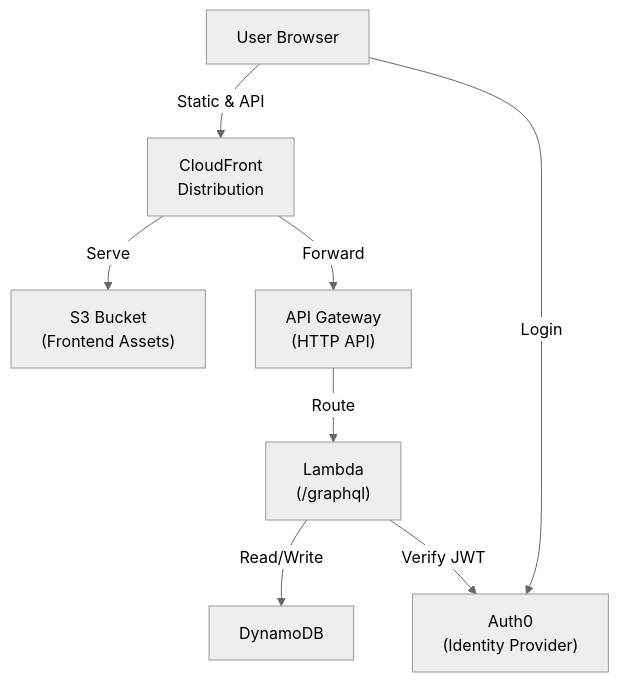
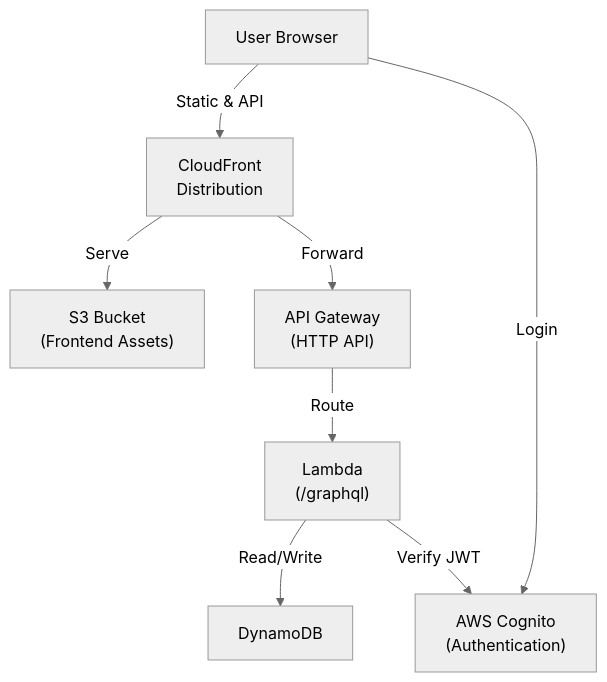
One commit to alexei-lexx/budget changed the first of 2 diagrams in .specify/memory/constitution.md. Above: the diagram before and after it, drawn with Mermaid (neutral theme). The commit also changed other lines of this file and 1 other file, not shown here.

First line of the commit message:
docs: amend constitution to v0.22.2 (fix auth provider references)

````diff
--- a/.specify/memory/constitution.md
+++ b/.specify/memory/constitution.md
@@ -104,22 +107,22 @@
 ```mermaid
 graph TD
     Browser["User Browser"]
 
     CloudFront["CloudFront<br/>Distribution"]
-    Auth0["Auth0<br/>(Identity Provider)"]
+    Cognito["AWS Cognito<br/>(Authentication)"]
 
     S3["S3 Bucket<br/>(Frontend Assets)"]
     APIGateway["API Gateway<br/>(HTTP API)"]
 
     Lambda["Lambda<br/>(/graphql)"]
 
     DynamoDB["DynamoDB"]
 
     Browser -->|Static & API| CloudFront
-    Browser -->|Login| Auth0
+    Browser -->|Login| Cognito
     CloudFront -->|Serve| S3
     CloudFront -->|Forward| APIGateway
     APIGateway -->|Route| Lambda
     Lambda -->|Read/Write| DynamoDB
-    Lambda -->|Verify JWT| Auth0
+    Lambda -->|Verify JWT| Cognito
 ```
````
